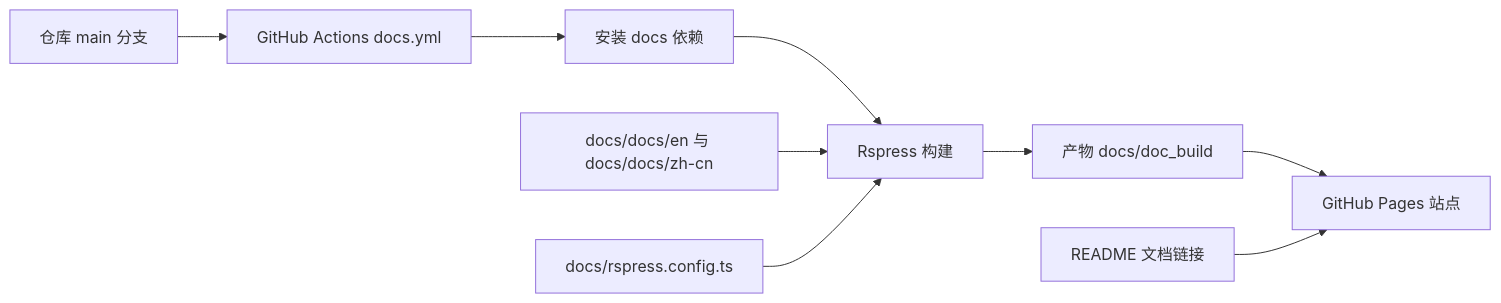
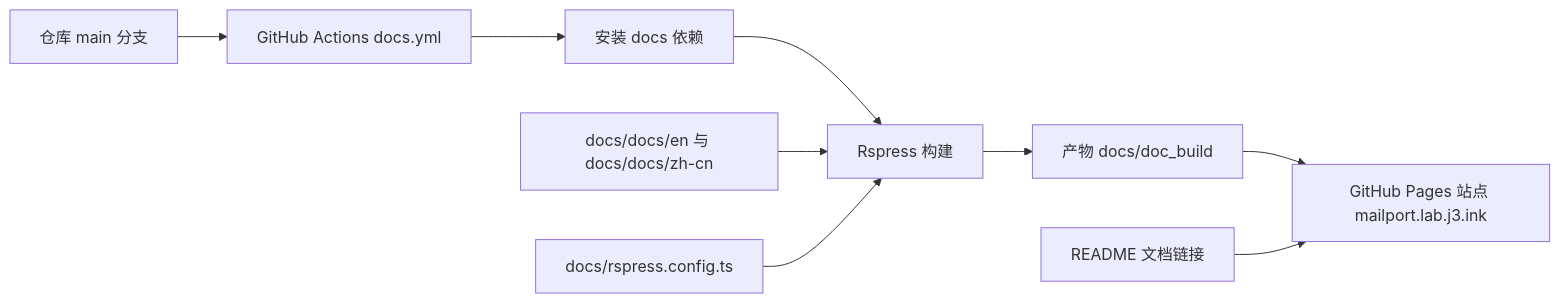
One commit to wool-hmq/mailport changed the diagram in .monkeycode/specs/2026-10-25-mailport-docs-site/design.md. Above: the diagram before and after it, drawn with Mermaid. The commit also changed other lines of this file and 2 other files, not shown here.

Commit message:
docs: 文档站域名更新为 mailport.lab.j3.ink

````diff
--- a/.monkeycode/specs/2026-10-25-mailport-docs-site/design.md
+++ b/.monkeycode/specs/2026-10-25-mailport-docs-site/design.md
@@ -14,11 +14,11 @@
 ```mermaid
 flowchart LR
     A["仓库 main 分支"] --> B["GitHub Actions docs.yml"]
     B --> C["安装 docs 依赖"]
     C --> D["Rspress 构建"]
     D --> E["产物 docs/doc_build"]
-    E --> F["GitHub Pages 站点"]
+    E --> F["GitHub Pages 站点 mailport.lab.j3.ink"]
     G["docs/docs/en 与 docs/docs/zh-cn"] --> D
     H["docs/rspress.config.ts"] --> D
     I["README 文档链接"] --> F
 ```
````
